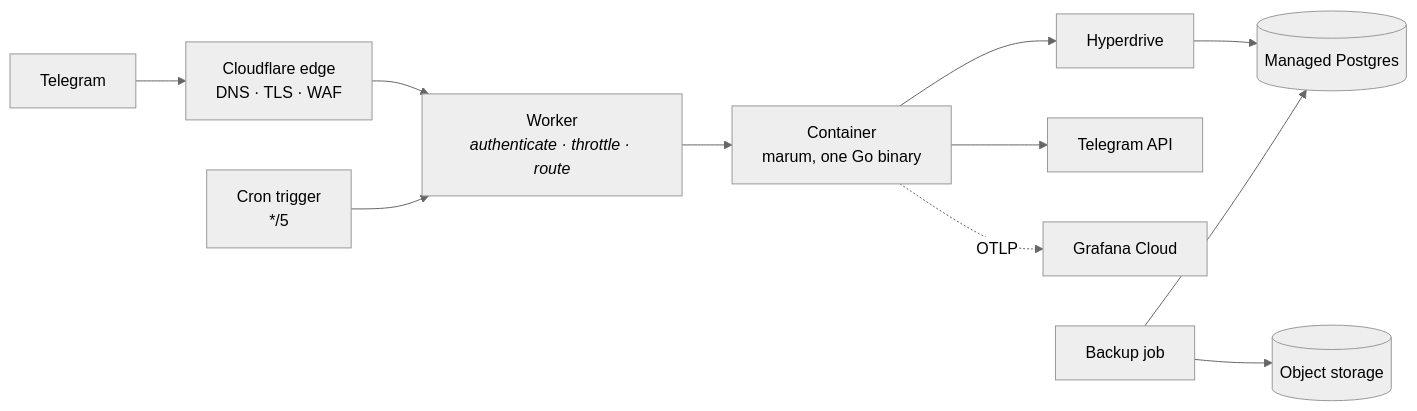
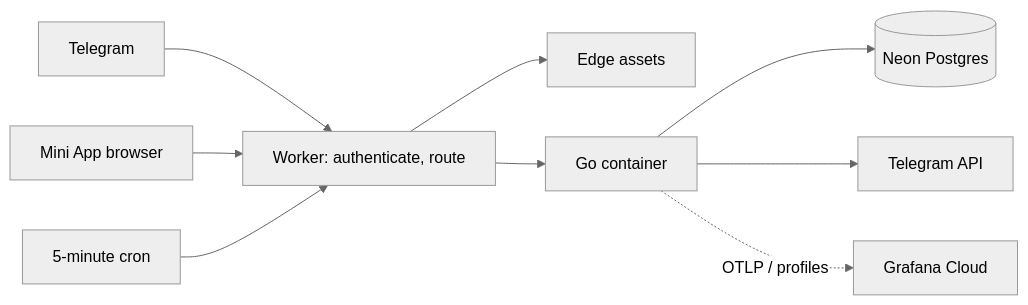
One commit to andranikasd/marumbot changed the diagram in docs/operations/deployment.md. Above: the diagram before and after it, drawn with Mermaid (neutral theme). The commit also changed other lines of this file and 32 other files, not shown here.

````diff
--- a/docs/operations/deployment.md
+++ b/docs/operations/deployment.md
@@ -3,12 +7,11 @@
 ```mermaid
 flowchart LR
-  tg["Telegram"] --> cf["Cloudflare edge<br/>DNS · TLS · WAF"]
-  cf --> w["Worker<br/><i>authenticate · throttle · route</i>"]
-  w --> c["Container<br/>marum, one Go binary"]
-  cron["Cron trigger<br/>*/5"] --> w
-  c --> hd["Hyperdrive"] --> pg[("Managed Postgres")]
-  c --> tgapi["Telegram API"]
-  c -.->|OTLP| gc["Grafana Cloud"]
-  bk["Backup job"] --> pg
-  bk --> obj[("Object storage")]
+  tg[Telegram] --> w[Worker: authenticate, route]
+  browser[Mini App browser] --> w
+  w --> assets[Edge assets]
+  w --> c[Go container]
+  cron[5-minute cron] --> w
+  c --> pg[(Neon Postgres)]
+  c --> api[Telegram API]
+  c -. OTLP / profiles .-> gc[Grafana Cloud]
 ```
````
